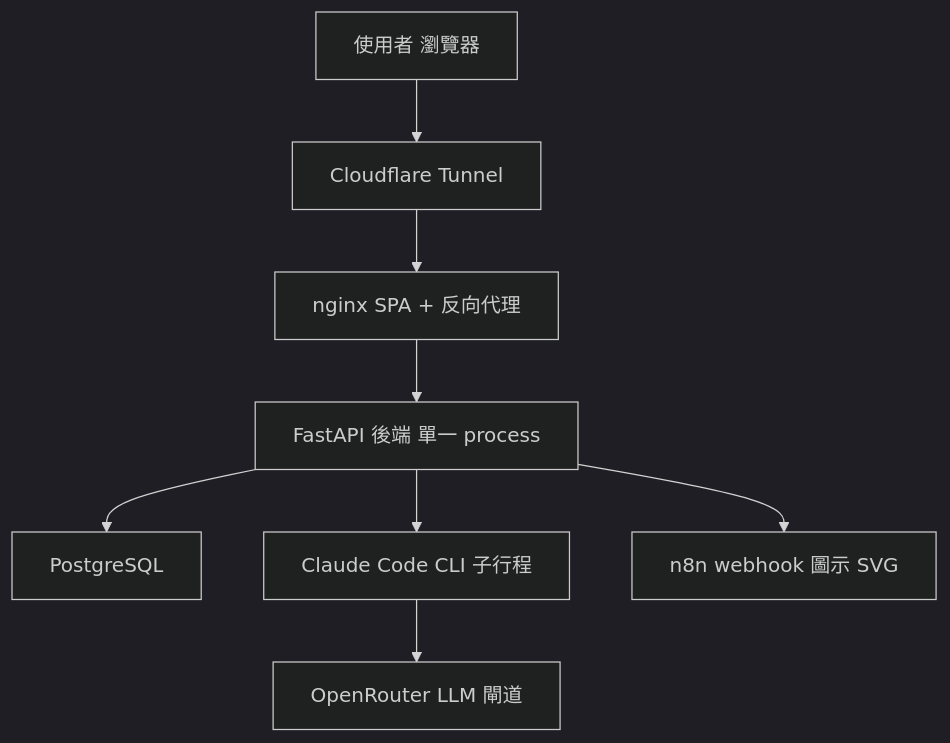
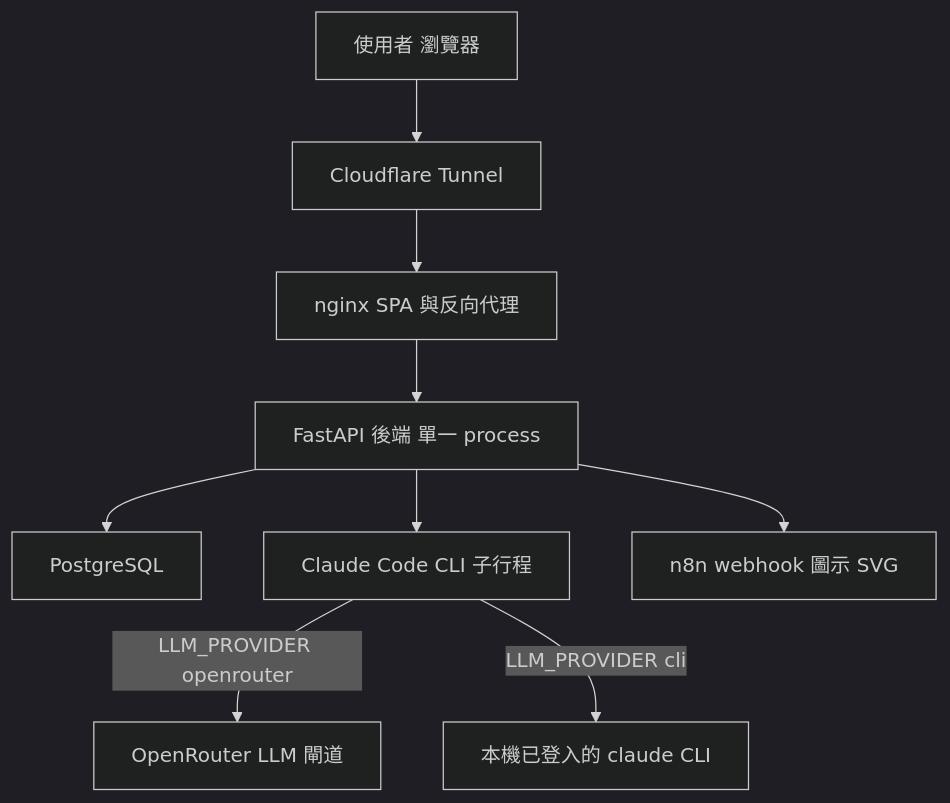
Before and after one commit to opendiamonds/awesome-firebase-use-cases: the second of 7 diagrams in aidlc/spaces/default/codekb/cloud-360/architecture.md, drawn with Mermaid (dark theme). The commit also changed other lines of this file and 34 other files, not shown here.

````diff
--- a/aidlc/spaces/default/codekb/cloud-360/architecture.md
+++ b/aidlc/spaces/default/codekb/cloud-360/architecture.md
@@ -31,19 +143,21 @@
 ```mermaid
 graph TD
     User["使用者 瀏覽器"]
     CF["Cloudflare Tunnel"]
-    NGX["nginx SPA + 反向代理"]
+    NGX["nginx SPA 與反向代理"]
     API["FastAPI 後端 單一 process"]
     DB["PostgreSQL"]
     CLI["Claude Code CLI 子行程"]
     OR["OpenRouter LLM 閘道"]
+    LOCAL["本機已登入的 claude CLI"]
     N8N["n8n webhook 圖示 SVG"]
 
     User --> CF
     CF --> NGX
     NGX --> API
     API --> DB
     API --> CLI
-    CLI --> OR
+    CLI -->|LLM_PROVIDER openrouter| OR
+    CLI -->|LLM_PROVIDER cli| LOCAL
     API --> N8N
 ```
````
